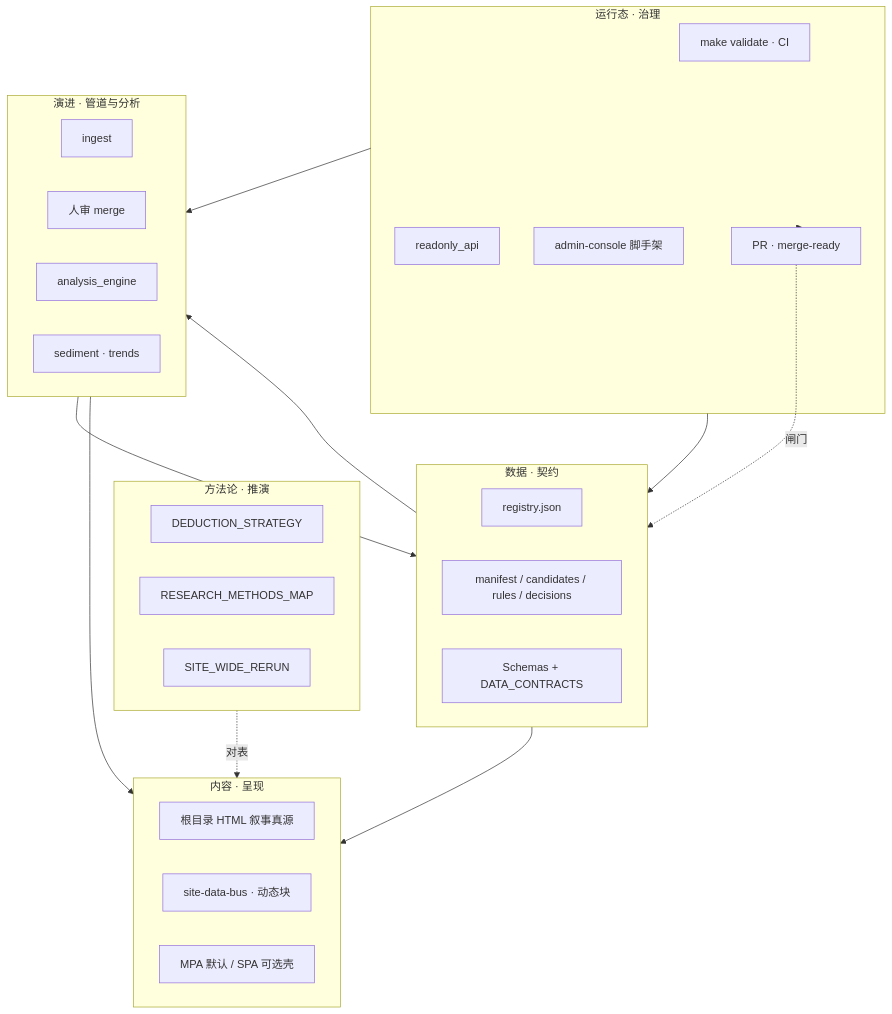
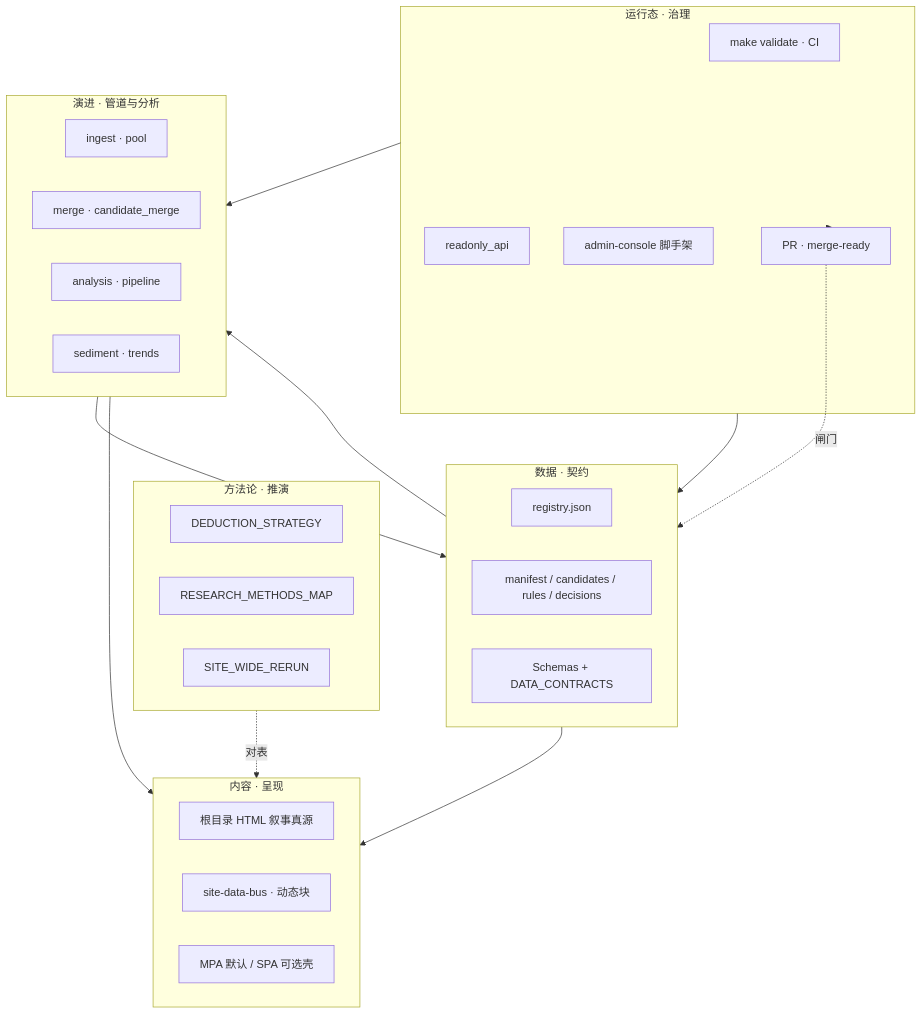
Before and after one commit to smartseanchain/ai-base-arch-evolution: the diagram in docs/PROJECT_ARCHITECTURE_OVERVIEW.md, drawn with Mermaid. The commit also changed other lines of this file and 234 other files, not shown here.

````diff
--- a/docs/PROJECT_ARCHITECTURE_OVERVIEW.md
+++ b/docs/PROJECT_ARCHITECTURE_OVERVIEW.md
@@ -31,39 +75,39 @@
 ```mermaid
 flowchart TB
   subgraph method [方法论 · 推演]
     M1[DEDUCTION_STRATEGY]
     M2[RESEARCH_METHODS_MAP]
     M3[SITE_WIDE_RERUN]
   end
   subgraph content [内容 · 呈现]
     C1[根目录 HTML 叙事真源]
     C2[site-data-bus · 动态块]
     C3[MPA 默认 / SPA 可选壳]
   end
   subgraph data [数据 · 契约]
     D1[registry.json]
     D2[manifest / candidates / rules / decisions]
     D3[Schemas + DATA_CONTRACTS]
   end
   subgraph evo [演进 · 管道与分析]
-    E1[ingest]
-    E2[人审 merge]
-    E3[analysis_engine]
+    E1[ingest · pool]
+    E2[merge · candidate_merge]
+    E3[analysis · pipeline]
     E4[sediment · trends]
   end
   subgraph run [运行态 · 治理]
     R1[make validate · CI]
     R2[readonly_api]
     R3[admin-console 脚手架]
     R4[PR · merge-ready]
   end
   method -.对表.-> content
   data --> evo
   evo --> data
   evo --> content
   data --> content
   run --> evo
   run --> data
   run --> R4
   R4 -.闸门.-> data
 ```
````
